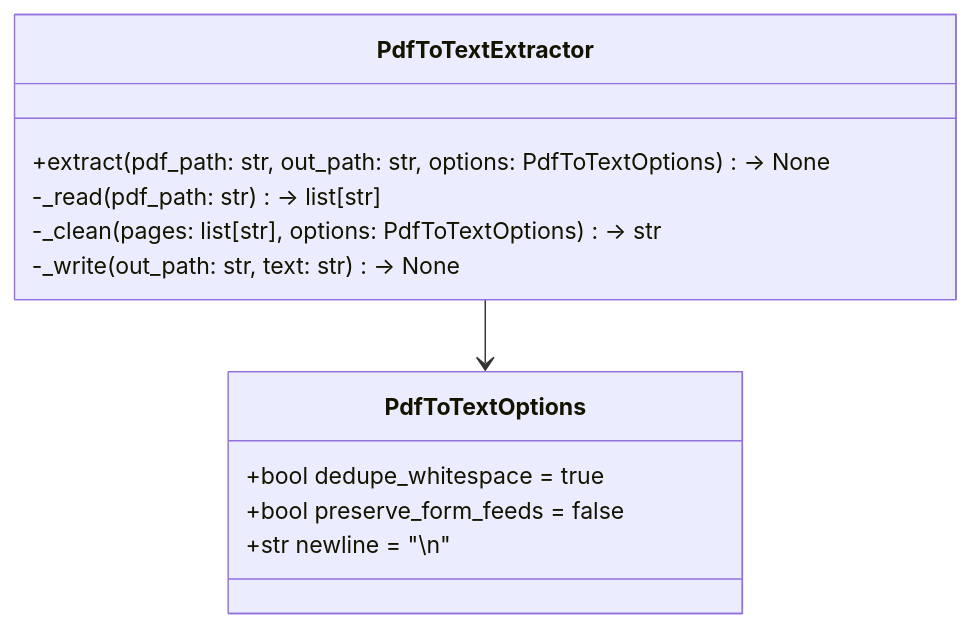
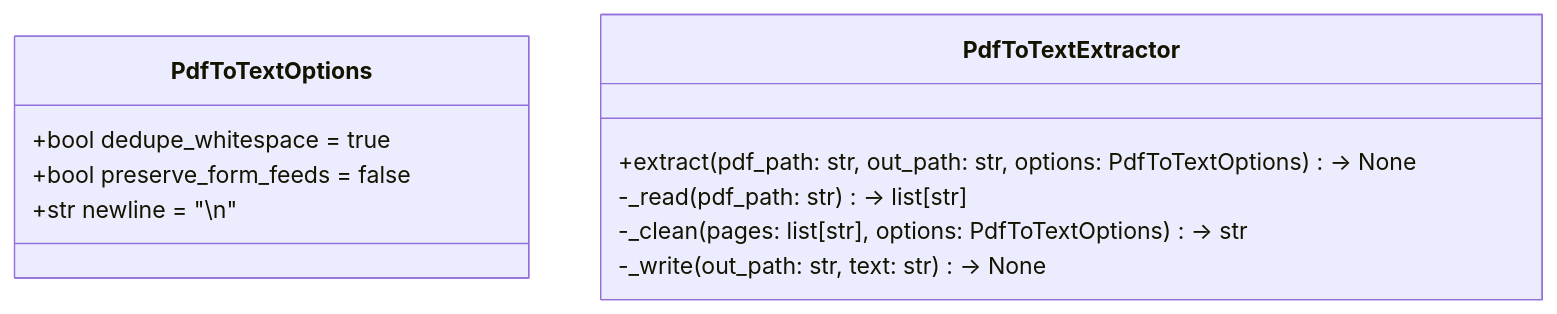
Before and after one commit to jwardwell7077/agent-audiobook-maker: the second of 2 diagrams in docs/02-specifications/components/PDF_TO_TEXT_SPEC.md, drawn with Mermaid. The commit also changed other lines of this file and 33 other files, not shown here.

Commit message:
docs: fix Mermaid for GitHub rendering; clean .mmd headers and comments; add mermaid syntax pytest; update docs

````diff
--- a/docs/02-specifications/components/PDF_TO_TEXT_SPEC.md
+++ b/docs/02-specifications/components/PDF_TO_TEXT_SPEC.md
@@ -31,20 +31,20 @@
 ```mermaid
 %% See diagrams/pdf_to_text_uml.mmd for source
 classDiagram
     direction TB
 
     class PdfToTextOptions {
       +bool dedupe_whitespace = true
       +bool preserve_form_feeds = false
       +str newline = "\\n"
     }
 
     class PdfToTextExtractor {
       +extract(pdf_path: str, out_path: str, options: PdfToTextOptions) -> None
       -_read(pdf_path: str) -> list[str]
       -_clean(pages: list[str], options: PdfToTextOptions) -> str
       -_write(out_path: str, text: str) -> None
     }
 
-    PdfToTextExtractor --> PdfToTextOptions
+    PdfToTextExtractor  PdfToTextOptions
 ```
````
